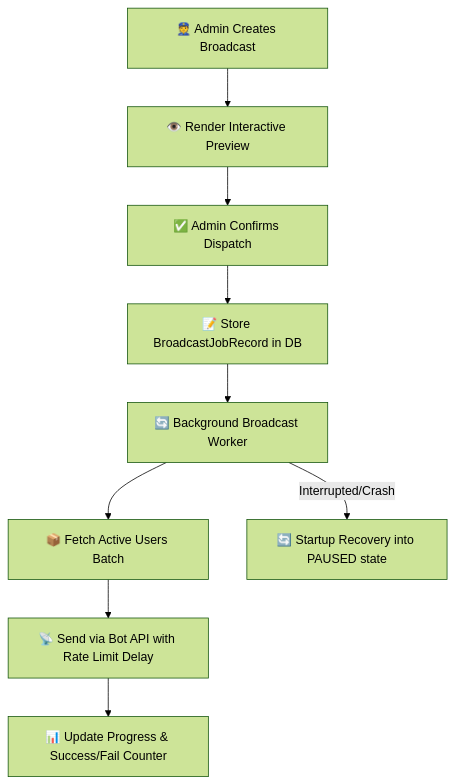
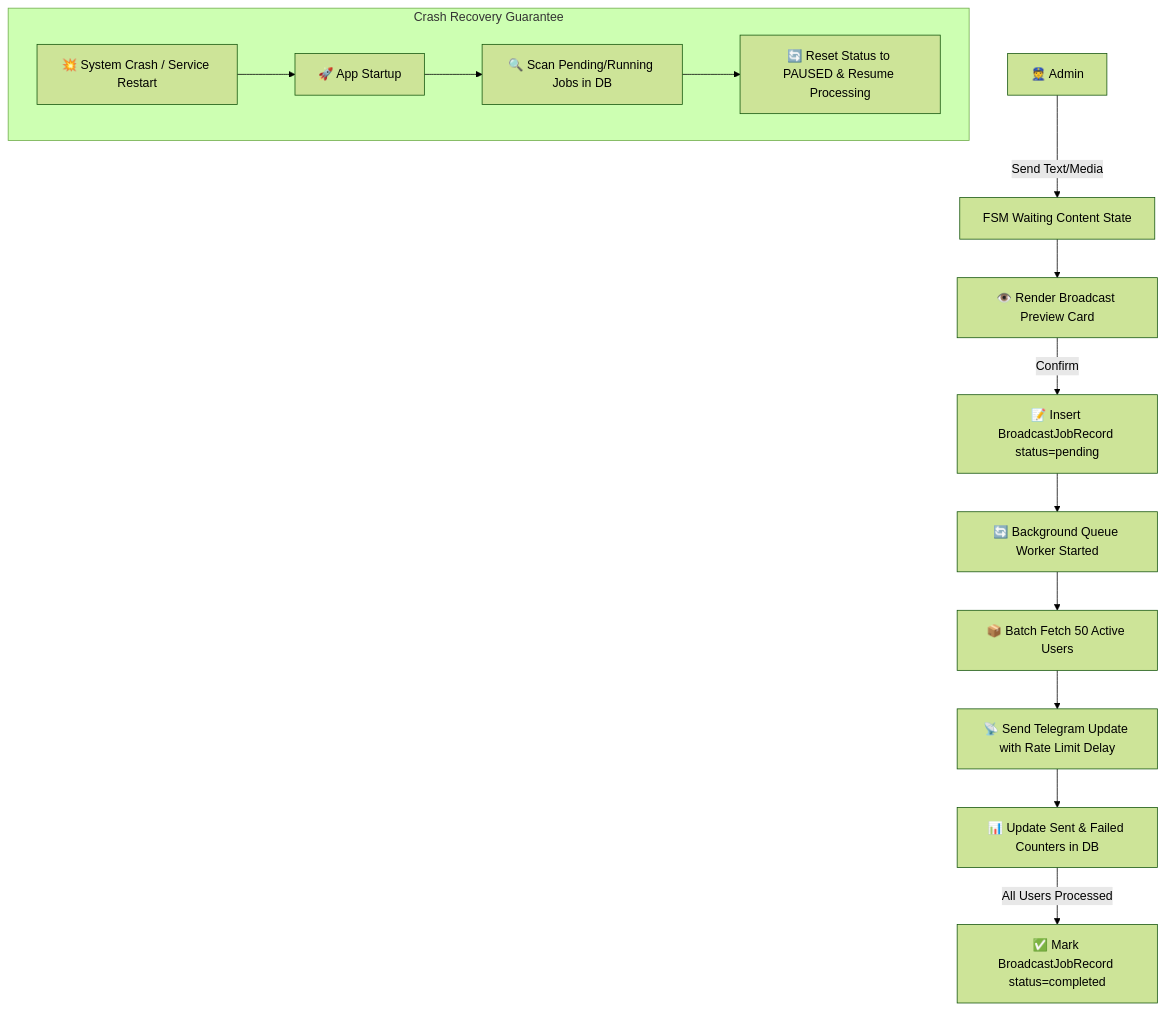
One commit to mrVXBoT/FastTGConvert_bot changed the sixth of 8 diagrams in README.md. Above: the diagram before and after it, drawn with Mermaid (forest theme). The commit also changed other lines of this file, not shown here.

````diff
--- a/README.md
+++ b/README.md
@@ -86,11 +295,18 @@
 ```mermaid
-graph TD
-    AdminPrompt[👮 Admin Creates Broadcast] --> Preview[👁️ Render Interactive Preview]
-    Preview --> Confirm[✅ Admin Confirms Dispatch]
-    Confirm --> JobRecord[📝 Store BroadcastJobRecord in DB]
-    JobRecord --> Worker[🔄 Background Broadcast Worker]
-    Worker --> Batch[📦 Fetch Active Users Batch]
-    Batch --> Send[📡 Send via Bot API with Rate Limit Delay]
-    Send --> Progress[📊 Update Progress & Success/Fail Counter]
-    Worker -->|Interrupted/Crash| Recover[🔄 Startup Recovery into PAUSED state]
+flowchart TD
+    Admin[👮 Admin] -->|Send Text/Media| FSM[FSM Waiting Content State]
+    FSM --> Preview[👁️ Render Broadcast Preview Card]
+    Preview -->|Confirm| InsertDB[📝 Insert BroadcastJobRecord status=pending]
+    InsertDB --> Worker[🔄 Background Queue Worker Started]
+    Worker --> BatchFetch[📦 Batch Fetch 50 Active Users]
+    BatchFetch --> Dispatch[📡 Send Telegram Update with Rate Limit Delay]
+    Dispatch --> Progress[📊 Update Sent & Failed Counters in DB]
+    
+    subgraph Crash Recovery Guarantee
+        SystemCrash[💥 System Crash / Service Restart] --> StartupHook[🚀 App Startup]
+        StartupHook --> RecoveryCheck[🔍 Scan Pending/Running Jobs in DB]
+        RecoveryCheck --> Reschedule[🔄 Reset Status to PAUSED & Resume Processing]
+    end
+
+    Progress -->|All Users Processed| Complete[✅ Mark BroadcastJobRecord status=completed]
 ```
````
